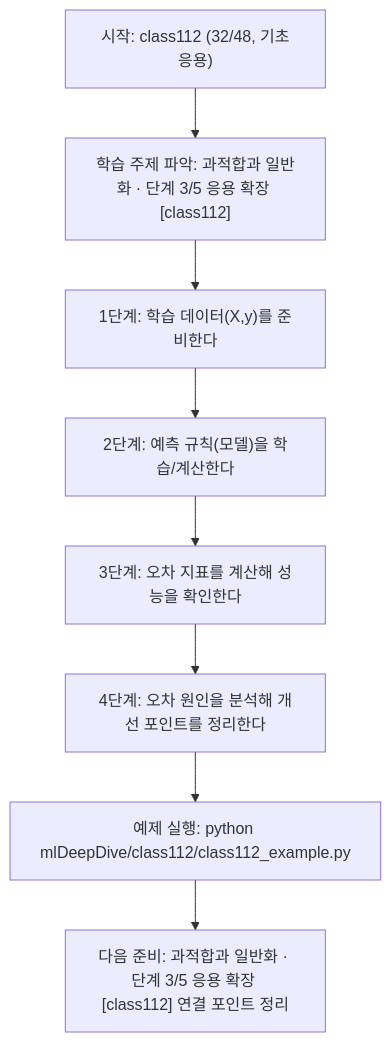
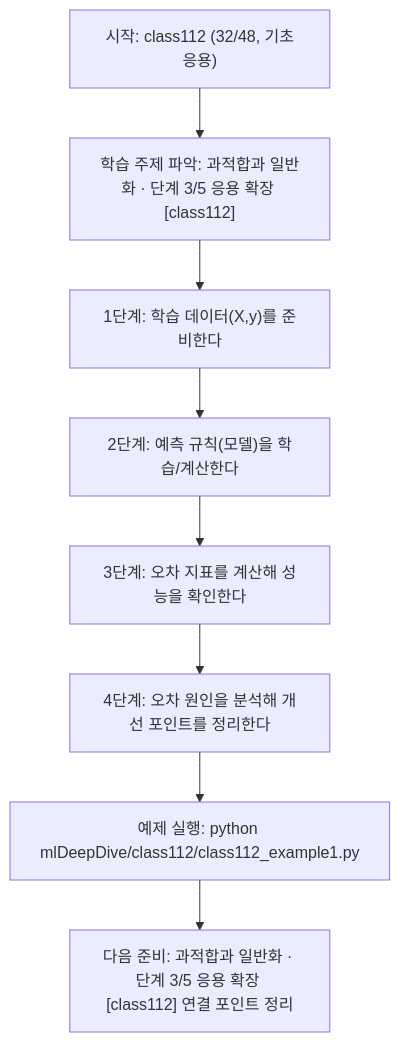
Before and after one commit to edumgt/Python-AI_Agent-Class: the diagram in mlDeepDive/class112/class112.md, drawn with Mermaid. The commit also changed other lines of this file and 2959 other files, not shown here.

````diff
--- a/mlDeepDive/class112/class112.md
+++ b/mlDeepDive/class112/class112.md
@@ -109,18 +109,18 @@
 ```mermaid
 flowchart TD
 N1["시작: class112 (32/48, 기초응용)"]
 N2["학습 주제 파악: 과적합과 일반화 · 단계 3/5 응용 확장 [class112]"]
 N3["1단계: 학습 데이터(X,y)를 준비한다"]
 N4["2단계: 예측 규칙(모델)을 학습/계산한다"]
 N5["3단계: 오차 지표를 계산해 성능을 확인한다"]
 N6["4단계: 오차 원인을 분석해 개선 포인트를 정리한다"]
-N7["예제 실행: python mlDeepDive/class112/class112_example.py"]
+N7["예제 실행: python mlDeepDive/class112/class112_example1.py"]
 N8["다음 준비: 과적합과 일반화 · 단계 3/5 응용 확장 [class112] 연결 포인트 정리"]
 N1 --> N2
 N2 --> N3
 N3 --> N4
 N4 --> N5
 N5 --> N6
 N6 --> N7
 N7 --> N8
 ```
````
